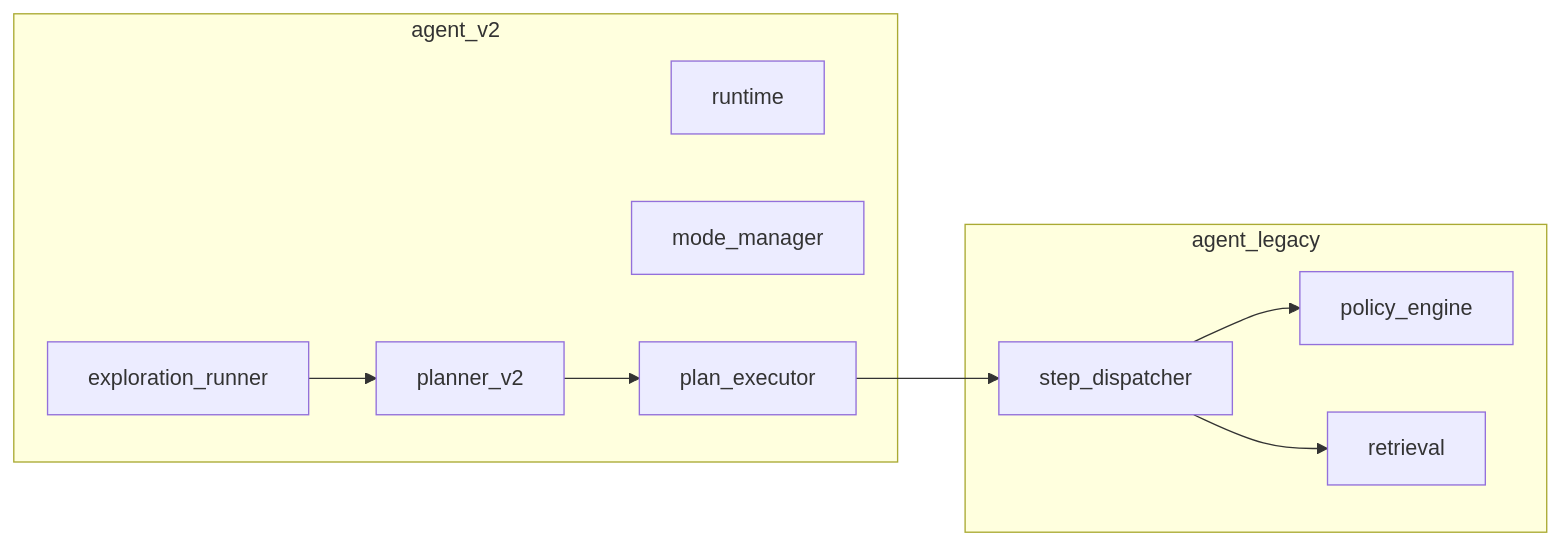
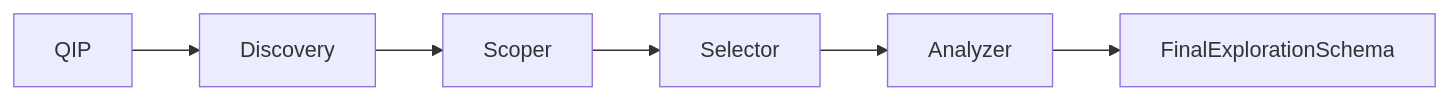
Before and after one commit to Pugsy-Explores/AutoStudio: the third of 3 diagrams in README.md, drawn with Mermaid. The commit also changed other lines of this file and 7 other files, not shown here.

First line of the commit message:
docs: AgentV2 control plane, root README, architecture freeze notes

````diff
--- a/README.md
+++ b/README.md
@@ -283,20 +312,8 @@
 ```mermaid
 flowchart LR
-    subgraph agent_v2
-        RT[runtime]
-        MM[mode_manager]
-        PE[plan_executor]
-        PL[planner_v2]
-        ER[exploration_runner]
-    end
-    subgraph agent_legacy
-        SD[step_dispatcher]
-        PM[policy_engine]
-        RC[retrieval]
-    end
-    ER --> PL
-    PL --> PE
-    PE --> SD
-    SD --> PM
-    SD --> RC
+  QIP[QIP] --> DISC[Discovery]
+  DISC --> SCP[Scoper]
+  SCP --> SEL[Selector]
+  SEL --> ANA[Analyzer]
+  ANA --> FE[FinalExplorationSchema]
 ```
````
